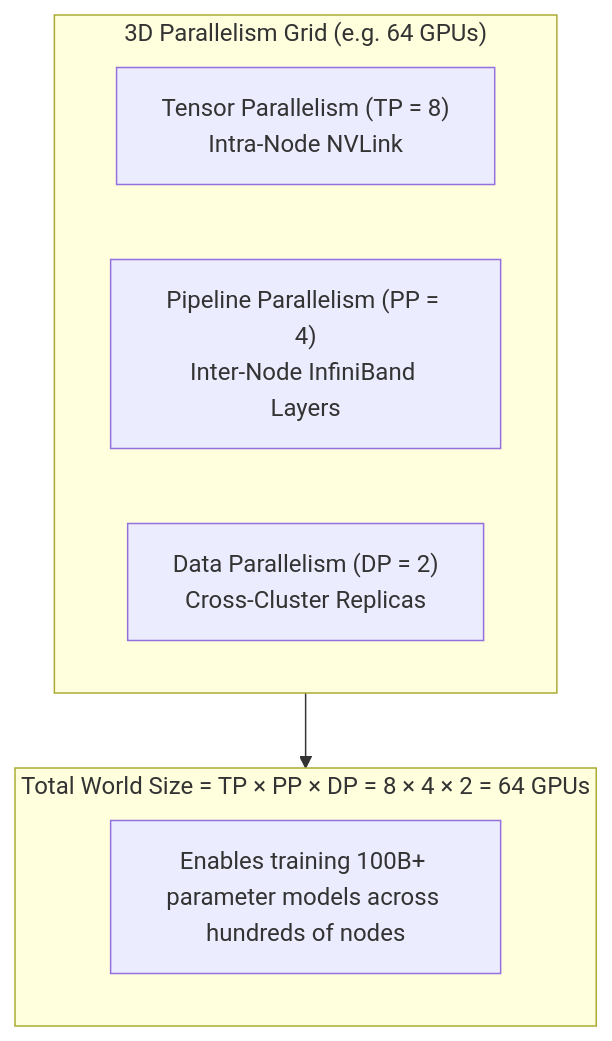
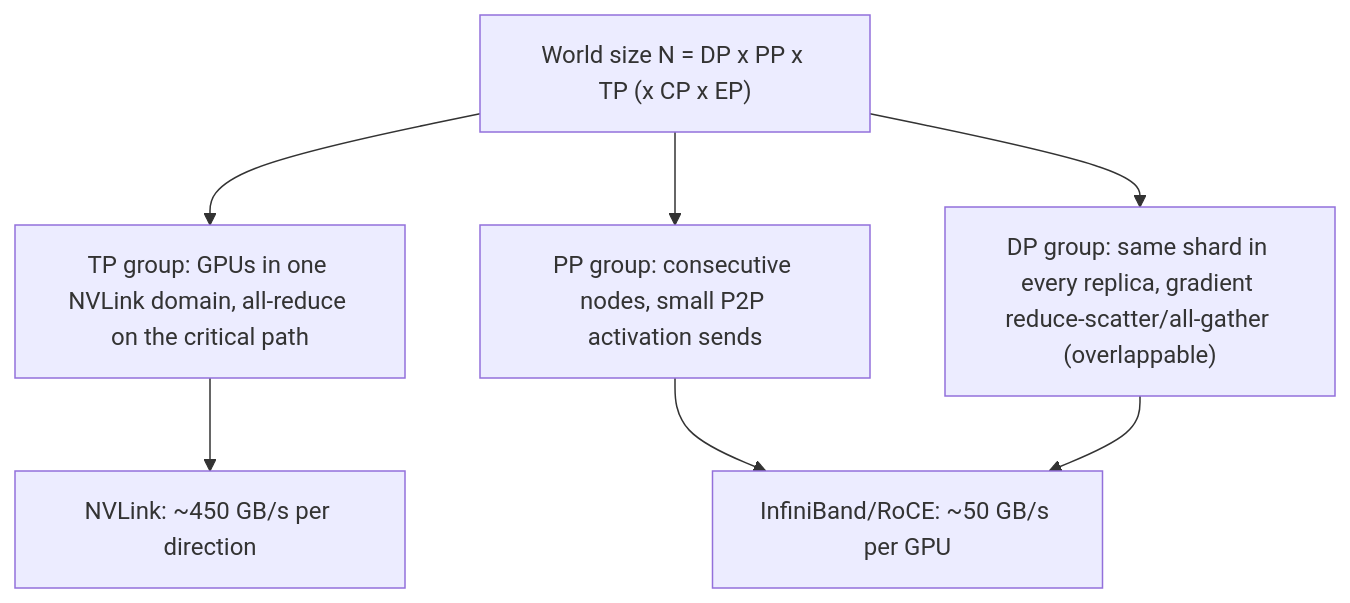
The diagram in 08_Distributed_Training_and_GPU_Infrastructure/Module_08_3D_Parallelism_Integration_and_Orchestration/01_README.md (reddykarthikeya1/AI-Systems-Mastery), drawn with Mermaid before and after one commit. The commit also changed other lines of this file and 54 other files, not shown here.

````diff
--- a/08_Distributed_Training_and_GPU_Infrastructure/Module_08_3D_Parallelism_Integration_and_Orchestration/01_README.md
+++ b/08_Distributed_Training_and_GPU_Infrastructure/Module_08_3D_Parallelism_Integration_and_Orchestration/01_README.md
@@ -6,14 +15,9 @@
 ```mermaid
 flowchart TD
-    subgraph Cube["3D Parallelism Grid (e.g. 64 GPUs)"]
-        TP["Tensor Parallelism (TP = 8)<br/>Intra-Node NVLink"]
-        PP["Pipeline Parallelism (PP = 4)<br/>Inter-Node InfiniBand Layers"]
-        DP["Data Parallelism (DP = 2)<br/>Cross-Cluster Replicas"]
-    end
-
-    subgraph Total["Total World Size = TP × PP × DP = 8 × 4 × 2 = 64 GPUs"]
-        Desc["Enables training 100B+ parameter models across hundreds of nodes"]
-    end
-
-    Cube --> Total
+    W["World size N = DP x PP x TP (x CP x EP)"] --> TP["TP group: GPUs in one NVLink domain, all-reduce on the critical path"]
+    W --> PP["PP group: consecutive nodes, small P2P activation sends"]
+    W --> DP["DP group: same shard in every replica, gradient reduce-scatter/all-gather (overlappable)"]
+    TP --> N1["NVLink: ~450 GB/s per direction"]
+    PP --> N2["InfiniBand/RoCE: ~50 GB/s per GPU"]
+    DP --> N2
 ```
````
